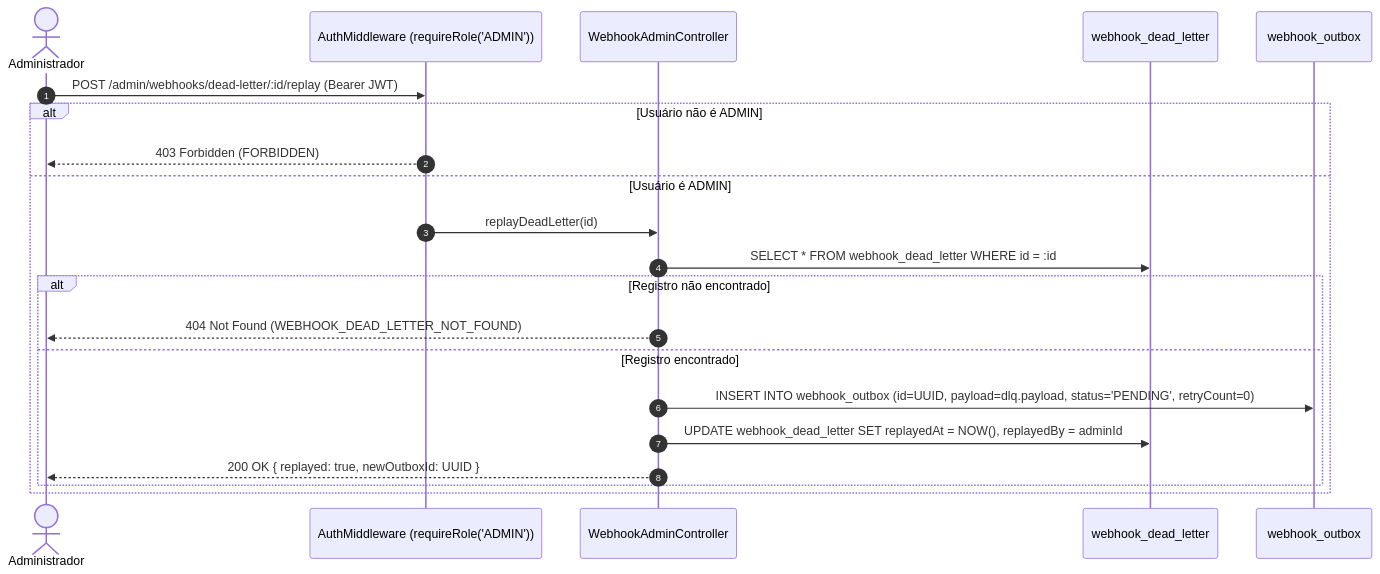
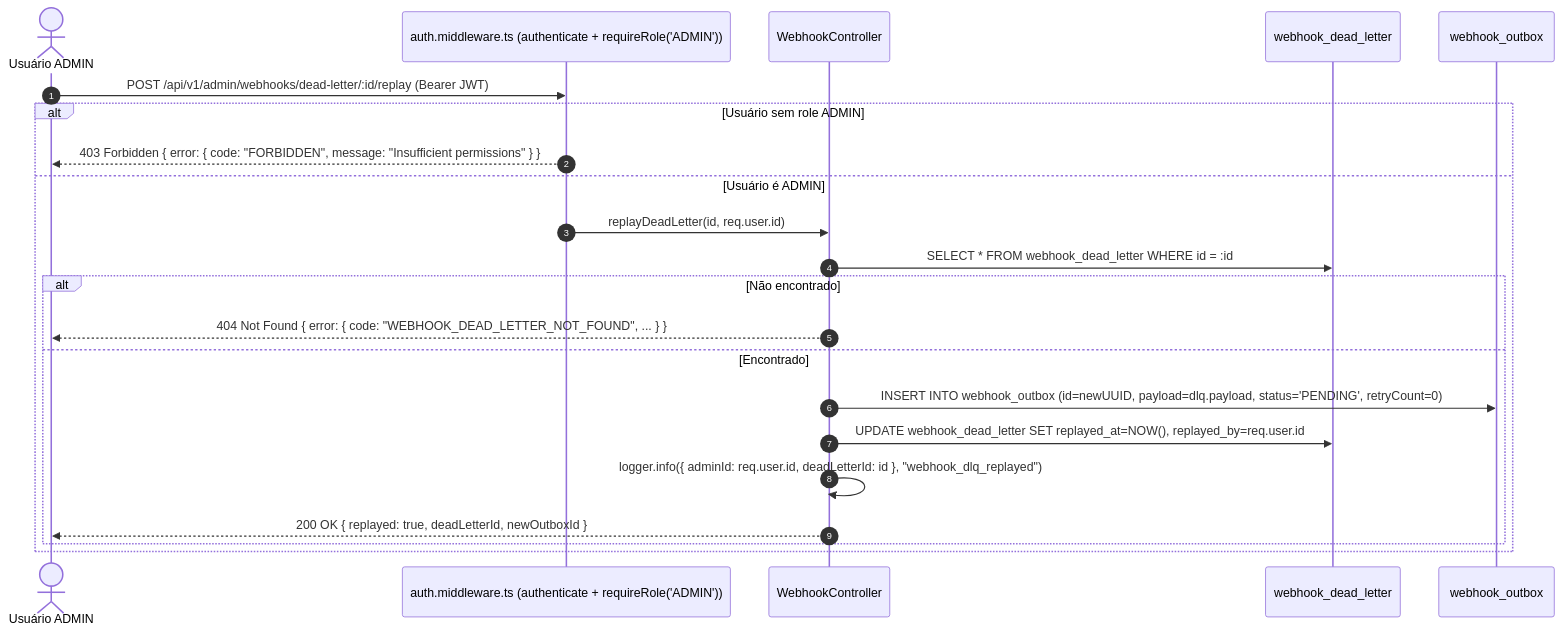
One commit to jhonatanecardoficial/design-docs-com-ia-mba changed the fourth of 4 diagrams in docs/FDD.md. Above: the diagram before and after it, drawn with Mermaid. The commit also changed other lines of this file and 10 other files, not shown here.

````diff
--- a/docs/FDD.md
+++ b/docs/FDD.md
@@ -295,24 +335,25 @@
 ```mermaid
 sequenceDiagram
     autonumber
-    actor Admin as Administrador
-    participant Auth as AuthMiddleware (requireRole('ADMIN'))
-    participant Controller as WebhookAdminController
+    actor Admin as Usuário ADMIN
+    participant Auth as auth.middleware.ts (authenticate + requireRole('ADMIN'))
+    participant Controller as WebhookController
     participant DLQ as webhook_dead_letter
     participant Outbox as webhook_outbox
 
-    Admin->>Auth: POST /admin/webhooks/dead-letter/:id/replay (Bearer JWT)
-    alt Usuário não é ADMIN
-        Auth-->>Admin: 403 Forbidden (FORBIDDEN)
+    Admin->>Auth: POST /api/v1/admin/webhooks/dead-letter/:id/replay (Bearer JWT)
+    alt Usuário sem role ADMIN
+        Auth-->>Admin: 403 Forbidden { error: { code: "FORBIDDEN", message: "Insufficient permissions" } }
     else Usuário é ADMIN
-        Auth->>Controller: replayDeadLetter(id)
+        Auth->>Controller: replayDeadLetter(id, req.user.id)
         Controller->>DLQ: SELECT * FROM webhook_dead_letter WHERE id = :id
-        alt Registro não encontrado
-            Controller-->>Admin: 404 Not Found (WEBHOOK_DEAD_LETTER_NOT_FOUND)
-        else Registro encontrado
-            Controller->>Outbox: INSERT INTO webhook_outbox (id=UUID, payload=dlq.payload, status='PENDING', retryCount=0)
-            Controller->>DLQ: UPDATE webhook_dead_letter SET replayedAt = NOW(), replayedBy = adminId
-            Controller-->>Admin: 200 OK { replayed: true, newOutboxId: UUID }
+        alt Não encontrado
+            Controller-->>Admin: 404 Not Found { error: { code: "WEBHOOK_DEAD_LETTER_NOT_FOUND", ... } }
+        else Encontrado
+            Controller->>Outbox: INSERT INTO webhook_outbox (id=newUUID, payload=dlq.payload, status='PENDING', retryCount=0)
+            Controller->>DLQ: UPDATE webhook_dead_letter SET replayed_at=NOW(), replayed_by=req.user.id
+            Controller->>Controller: logger.info({ adminId: req.user.id, deadLetterId: id }, "webhook_dlq_replayed")
+            Controller-->>Admin: 200 OK { replayed: true, deadLetterId, newOutboxId }
         end
     end
 ```
````
